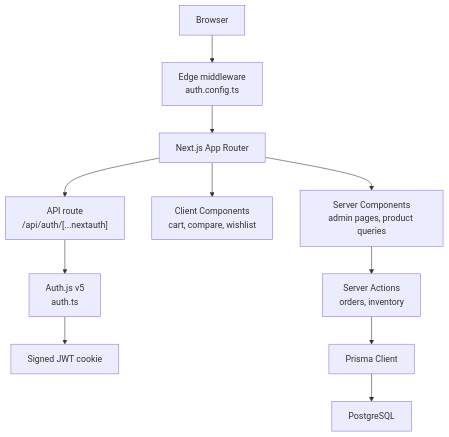
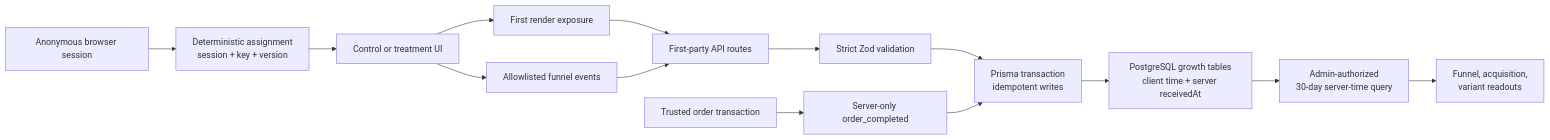
One commit to deepakpk-dev/rype changed the diagram in README.md. Above: the diagram before and after it, drawn with Mermaid. The commit also changed other lines of this file and 52 other files, not shown here.

````diff
--- a/README.md
+++ b/README.md
@@ -71,13 +53,16 @@
 ```mermaid
-flowchart TD
-  A["Browser"] --> B["Edge middleware<br/>auth.config.ts"]
-  B --> C["Next.js App Router"]
-  C --> D["Server Components<br/>admin pages, product queries"]
-  C --> E["Client Components<br/>cart, compare, wishlist"]
-  C --> F["API route<br/>/api/auth/[...nextauth]"]
-  D --> G["Server Actions<br/>orders, inventory"]
-  F --> H["Auth.js v5<br/>auth.ts"]
-  H --> I["Signed JWT cookie"]
-  G --> J["Prisma Client"]
-  J --> K["PostgreSQL"]
+flowchart LR
+  A["Anonymous browser session"] --> B["Deterministic assignment<br/>session + key + version"]
+  B --> C["Control or treatment UI"]
+  C --> D["First render exposure"]
+  C --> E["Allowlisted funnel events"]
+  F["Trusted order transaction"] --> G["Server-only order_completed"]
+  D --> H["First-party API routes"]
+  E --> H
+  H --> I["Strict Zod validation"]
+  I --> J["Prisma transaction<br/>idempotent writes"]
+  G --> J
+  J --> K["PostgreSQL growth tables<br/>client time + server receivedAt"]
+  K --> L["Admin-authorized<br/>30-day server-time query"]
+  L --> M["Funnel, acquisition,<br/>variant readouts"]
 ```
````
